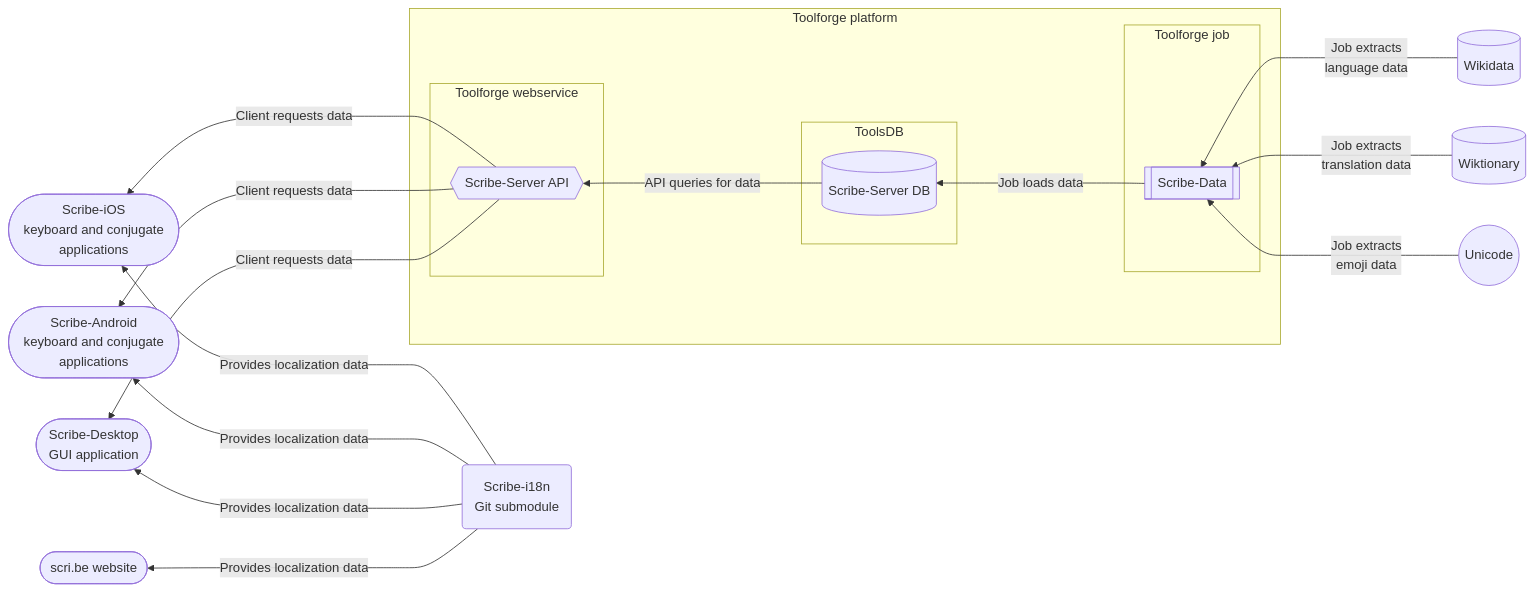
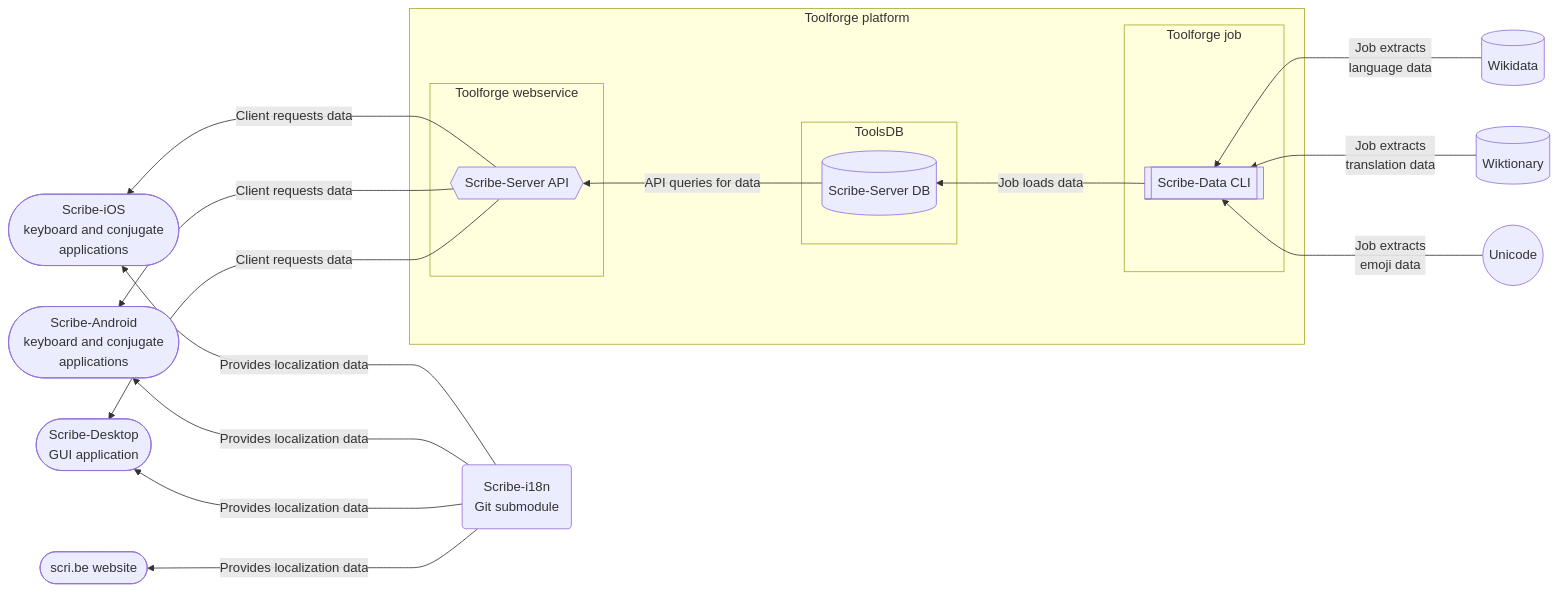
The diagram in ARCHITECTURE.md (scribe-org/Organization), drawn with Mermaid before and after one commit.

Commit message:
Minor architecture diagram update

````diff
--- a/ARCHITECTURE.md
+++ b/ARCHITECTURE.md
@@ -12,45 +12,45 @@
 ```mermaid
 graph RL
     %% Scribe client applications
     IOS([Scribe-iOS\nkeyboard and conjugate\napplications])
     ADR([Scribe-Android\nkeyboard and conjugate\napplications])
     DSK([Scribe-Desktop\nGUI application])
 
     %% Website
     SCR([scri.be website])
 
     %% Client dependencies
     I18N(Scribe-i18n\nGit submodule)
 
     %% Scribe data/service
     API{{Scribe-Server API}}
     DBS[(Scribe-Server DB)]
-    DATA[[Scribe-Data]]
+    DATA[[Scribe-Data CLI]]
 
     %% Data sources
     WD[(Wikidata)]
     WKTN[(Wiktionary)]
     UNI((Unicode))
 
     %% Toolforge (WMCS)
     subgraph TFP [Toolforge platform]
         subgraph TFW [Toolforge webservice]
             API
         end
         subgraph TDB [ToolsDB]
             DBS
         end
         subgraph TFJ [Toolforge job]
             DATA
         end
     end
 
     %% DATA FLOW
     I18N --->|Provides localization data| IOS & ADR & DSK & SCR
     API --->|Client requests data| IOS & ADR & DSK
     DBS --->|API queries for data| API
     DATA --->|Job loads data| DBS
     WD --->|Job extracts\nlanguage data| DATA
     WKTN --->|Job extracts\ntranslation data| DATA
     UNI --->|Job extracts\nemoji data| DATA
 ```
````
